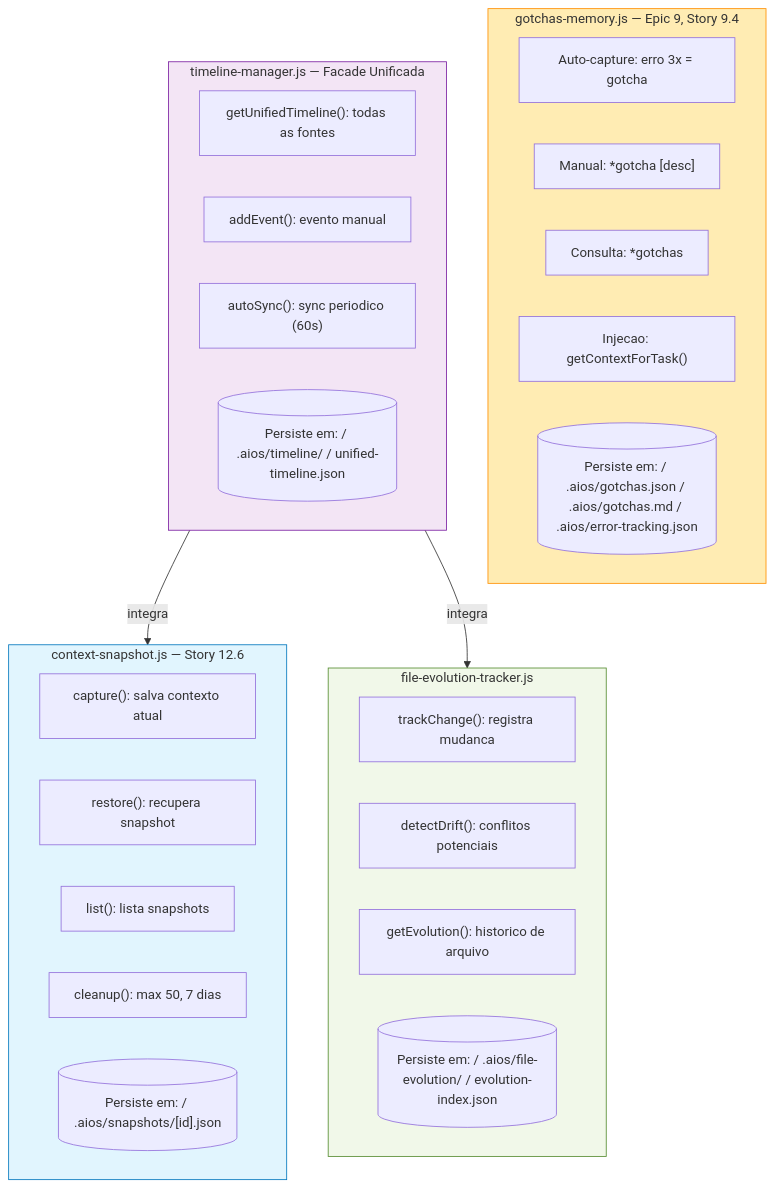
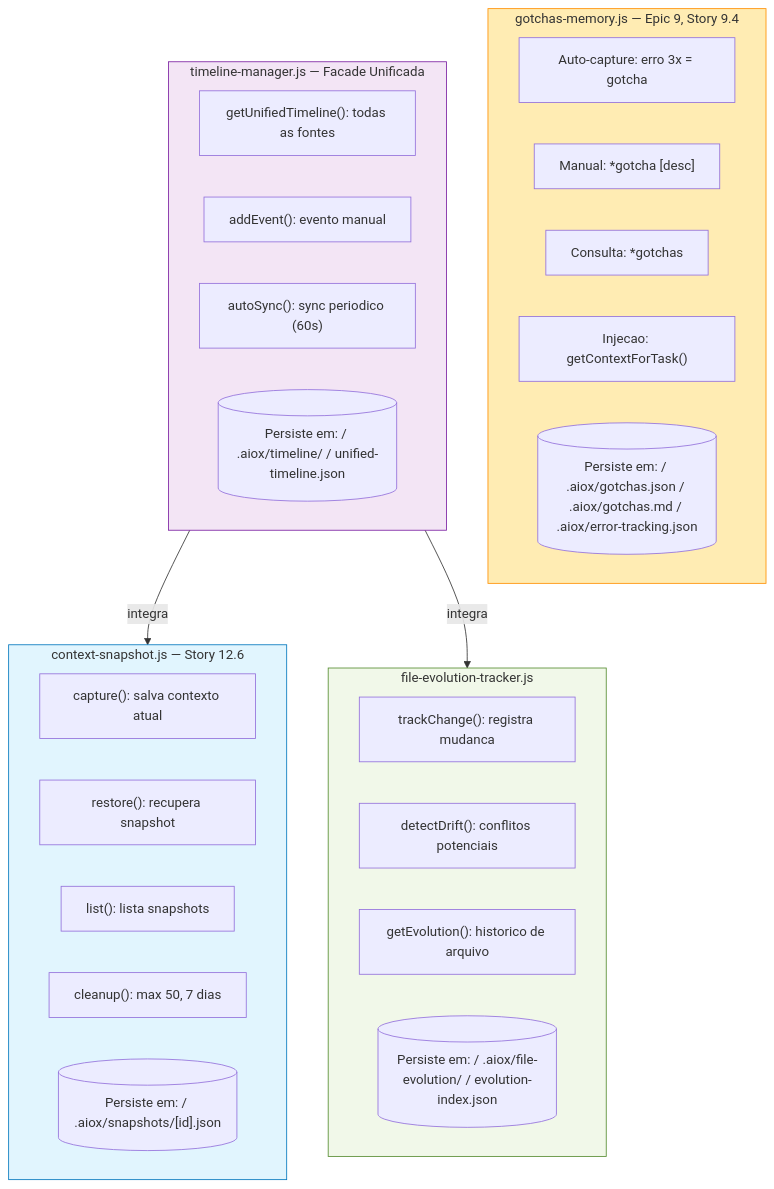
One commit to bychrisr/aios-docs changed the sixth of 18 diagrams in content/en/docs/guides/MEMORY-SYSTEM.mdx. Above: the diagram before and after it, drawn with Mermaid. The commit also changed other lines of this file and 564 other files, not shown here.

````diff
--- a/content/en/docs/guides/MEMORY-SYSTEM.mdx
+++ b/content/en/docs/guides/MEMORY-SYSTEM.mdx
@@ -256,40 +256,40 @@
 ```mermaid
 flowchart TD
     subgraph GOTCHAS["gotchas-memory.js — Epic 9, Story 9.4"]
         G1["Auto-capture: erro 3x = gotcha"]
         G2["Manual: *gotcha [desc]"]
         G3["Consulta: *gotchas"]
         G4["Injecao: getContextForTask()"]
-        G5[("Persiste em: / .aios/gotchas.json / .aios/gotchas.md / .aios/error-tracking.json")]
+        G5[("Persiste em: / .aiox/gotchas.json / .aiox/gotchas.md / .aiox/error-tracking.json")]
     end
 
     subgraph SNAPSHOTS["context-snapshot.js — Story 12.6"]
         S1["capture(): salva contexto atual"]
         S2["restore(): recupera snapshot"]
         S3["list(): lista snapshots"]
         S4["cleanup(): max 50, 7 dias"]
-        S5[("Persiste em: / .aios/snapshots/[id].json")]
+        S5[("Persiste em: / .aiox/snapshots/[id].json")]
     end
 
     subgraph FILE_EVO["file-evolution-tracker.js"]
         F1["trackChange(): registra mudanca"]
         F2["detectDrift(): conflitos potenciais"]
         F3["getEvolution(): historico de arquivo"]
-        F4[("Persiste em: / .aios/file-evolution/ / evolution-index.json")]
+        F4[("Persiste em: / .aiox/file-evolution/ / evolution-index.json")]
     end
 
     subgraph TIMELINE_MGR["timeline-manager.js — Facade Unificada"]
         T1["getUnifiedTimeline(): todas as fontes"]
         T2["addEvent(): evento manual"]
         T3["autoSync(): sync periodico (60s)"]
-        T4[("Persiste em: / .aios/timeline/ / unified-timeline.json")]
+        T4[("Persiste em: / .aiox/timeline/ / unified-timeline.json")]
     end
 
     TIMELINE_MGR -->|"integra"| SNAPSHOTS
     TIMELINE_MGR -->|"integra"| FILE_EVO
 
     style GOTCHAS fill:#FFECB3,stroke:#FF8F00
     style SNAPSHOTS fill:#E1F5FE,stroke:#0277BD
     style FILE_EVO fill:#F1F8E9,stroke:#558B2F
     style TIMELINE_MGR fill:#F3E5F5,stroke:#7B1FA2
 ```
````
